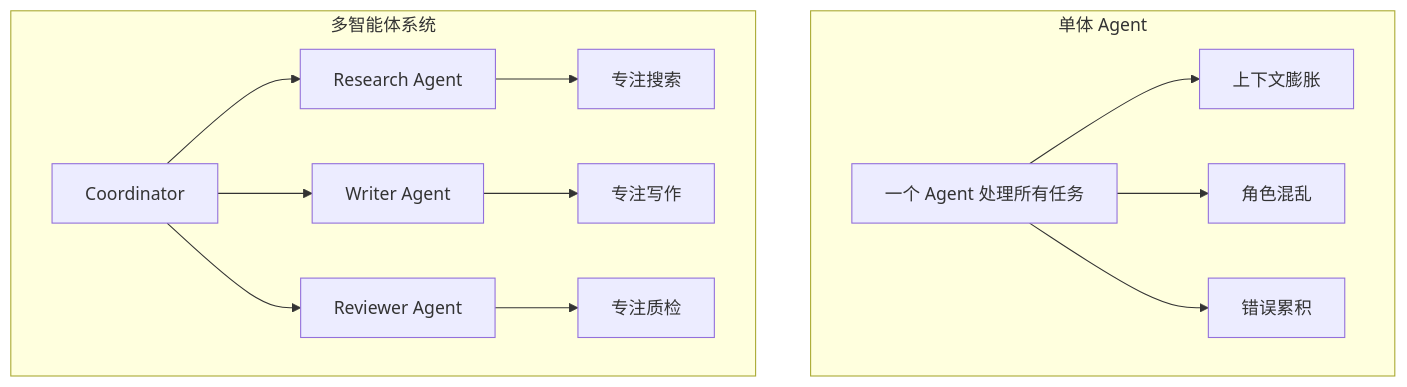
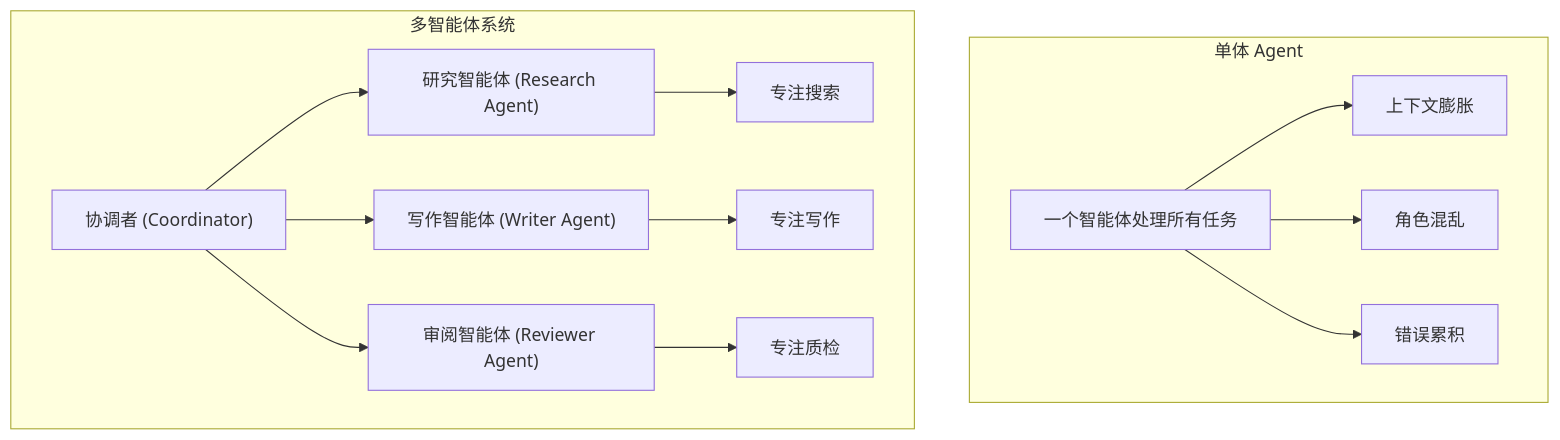
The first of 3 diagrams in 05_collaboration/5.1_architectures.md (yeasy/agentic_ai_guide), drawn with Mermaid before and after one commit. The commit also changed other lines of this file and 75 other files, not shown here.

````diff
--- a/05_collaboration/5.1_architectures.md
+++ b/05_collaboration/5.1_architectures.md
@@ -14,18 +14,18 @@
 ```mermaid
 graph TD
     subgraph mono["单体 Agent"]
-        A["一个 Agent 处理所有任务"]
+        A["一个智能体处理所有任务"]
         A --> B["上下文膨胀"]
         A --> C["角色混乱"]
         A --> D["错误累积"]
     end
     
     subgraph multi["多智能体系统"]
-        E["Coordinator"] --> F["Research Agent"]
-        E --> G["Writer Agent"]
-        E --> H["Reviewer Agent"]
+        E["协调者 (Coordinator)"] --> F["研究智能体 (Research Agent)"]
+        E --> G["写作智能体 (Writer Agent)"]
+        E --> H["审阅智能体 (Reviewer Agent)"]
         F --> I["专注搜索"]
         G --> J["专注写作"]
         H --> K["专注质检"]
     end
 ```
````
